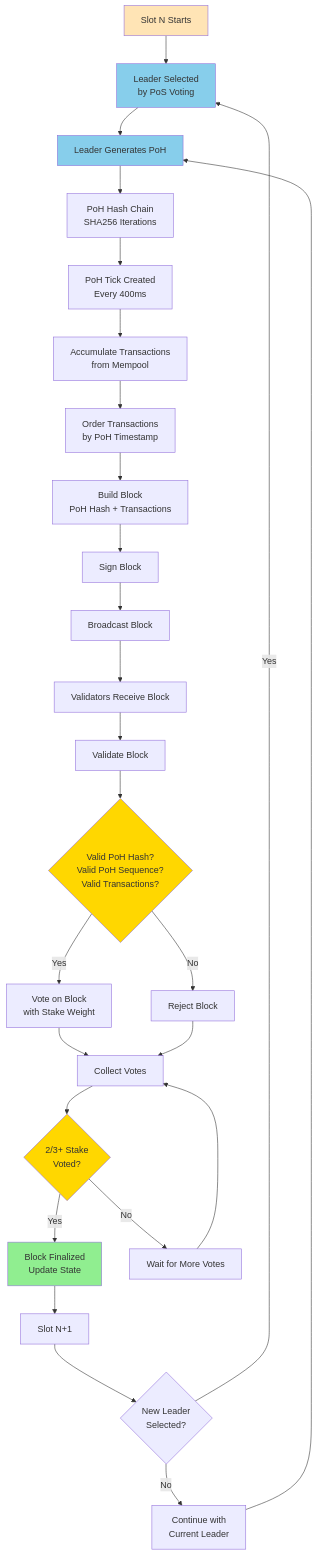
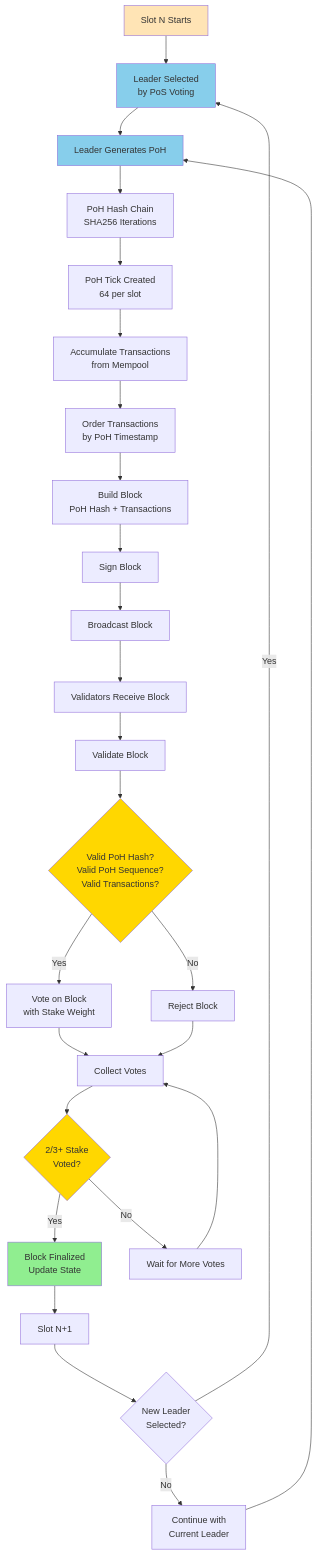
One commit to itohio/itohio.github.io changed the second of 3 diagrams in blog/content/snippets/interview/web3/solana-consensus-interview.md. Above: the diagram before and after it, drawn with Mermaid. The commit also changed other lines of this file and 22 other files, not shown here.

````diff
--- a/blog/content/snippets/interview/web3/solana-consensus-interview.md
+++ b/blog/content/snippets/interview/web3/solana-consensus-interview.md
@@ -88,42 +88,42 @@
 ```mermaid
 graph TB
     A[Slot N Starts] --> B[Leader Selected<br/>by PoS Voting]
     B --> C[Leader Generates PoH]
     
     C --> D[PoH Hash Chain<br/>SHA256 Iterations]
-    D --> E[PoH Tick Created<br/>Every 400ms]
+    D --> E[PoH Tick Created<br/>64 per slot]
     E --> F[Accumulate Transactions<br/>from Mempool]
     
     F --> G[Order Transactions<br/>by PoH Timestamp]
     G --> H[Build Block<br/>PoH Hash + Transactions]
     H --> I[Sign Block]
     I --> J[Broadcast Block]
     
     J --> K[Validators Receive Block]
     K --> L[Validate Block]
     
     L --> M{Valid PoH Hash?<br/>Valid PoH Sequence?<br/>Valid Transactions?}
     M -->|Yes| N[Vote on Block<br/>with Stake Weight]
     M -->|No| O[Reject Block]
     
     N --> P[Collect Votes]
     O --> P
     
     P --> Q{2/3+ Stake<br/>Voted?}
     Q -->|Yes| R[Block Finalized<br/>Update State]
     Q -->|No| S[Wait for More Votes]
     S --> P
     
     R --> T[Slot N+1]
     T --> U{New Leader<br/>Selected?}
     U -->|Yes| B
     U -->|No| V[Continue with<br/>Current Leader]
     V --> C
     
     style A fill:#FFE4B5
     style B fill:#87CEEB
     style C fill:#87CEEB
     style R fill:#90EE90
     style M fill:#FFD700
     style Q fill:#FFD700
 ```
````
